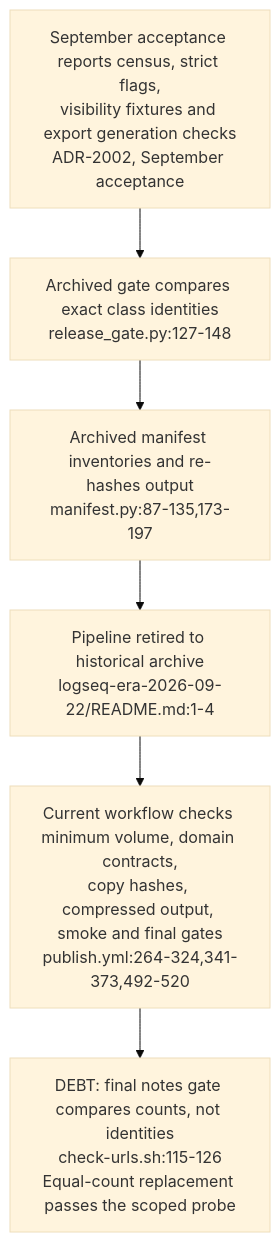
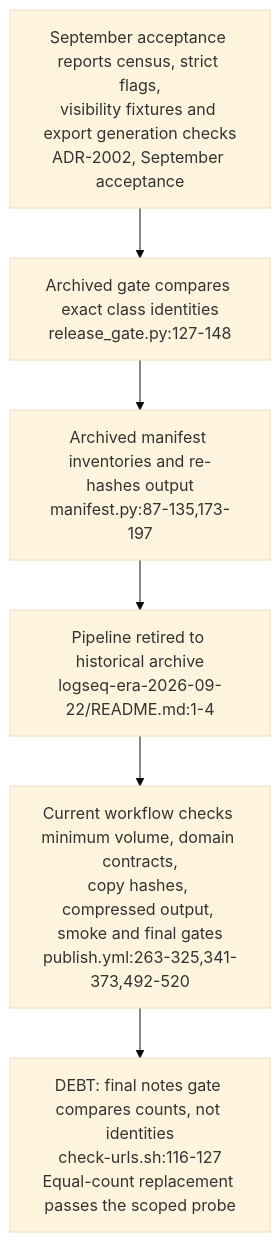
One commit to DreamLab-AI/VisionFlow changed the second of 4 diagrams in docs/diagrams/knowledgegraph/07-invariants-register.md. Above: the diagram before and after it, drawn with Mermaid (base theme). The commit also changed other lines of this file and 154 other files, not shown here.

First line of the commit message:
docs(diagrams): re-stamp 154 topics whose every citation still reads the same text at the current heads

````diff
--- a/docs/diagrams/knowledgegraph/07-invariants-register.md
+++ b/docs/diagrams/knowledgegraph/07-invariants-register.md
@@ -56,11 +56,11 @@
 ```mermaid
 flowchart TB
     OLD["September acceptance reports census, strict flags,<br/>visibility fixtures and export generation checks<br/>ADR-2002, September acceptance"]
     %% Source: ADR-2002-corpus-is-the-ontology.md:100-148
     SET["Archived gate compares exact class identities<br/>release_gate.py:127-148"]
     HASH["Archived manifest inventories and re-hashes output<br/>manifest.py:87-135,173-197"]
     ARCH["Pipeline retired to historical archive<br/>logseq-era-2026-09-22/README.md:1-4"]
-    NEW["Current workflow checks minimum volume, domain contracts,<br/>copy hashes, compressed output, smoke and final gates<br/>publish.yml:264-324,341-373,492-520"]
-    LIMIT["DEBT: final notes gate compares counts, not identities<br/>check-urls.sh:115-126<br/>Equal-count replacement passes the scoped probe"]
+    NEW["Current workflow checks minimum volume, domain contracts,<br/>copy hashes, compressed output, smoke and final gates<br/>publish.yml:263-325,341-373,492-520"]
+    LIMIT["DEBT: final notes gate compares counts, not identities<br/>check-urls.sh:116-127<br/>Equal-count replacement passes the scoped probe"]
     OLD --> SET --> HASH --> ARCH --> NEW --> LIMIT
 ```
````
